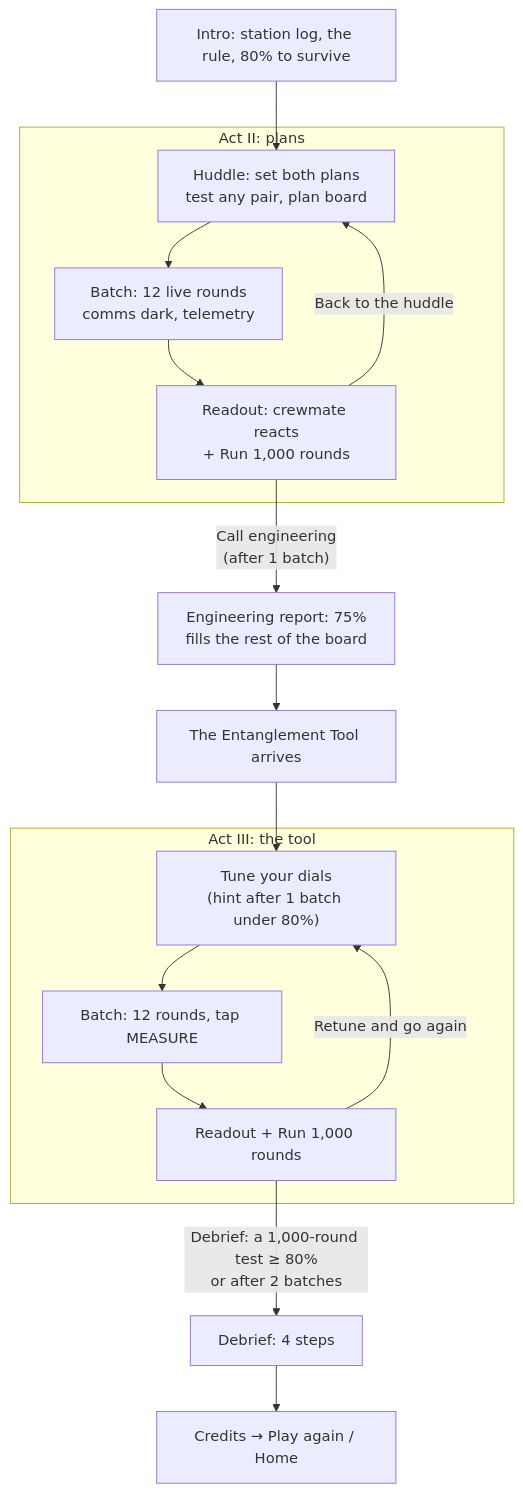
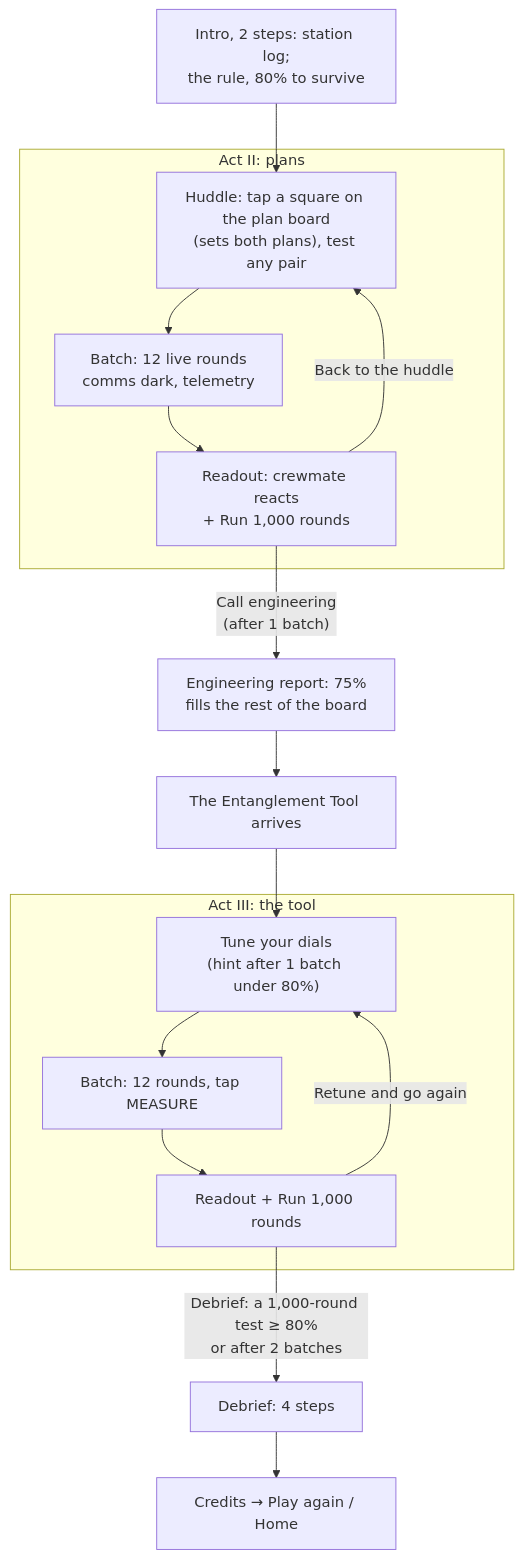
One commit to PlayableStories/quantum-crew changed the diagram in README.md. Above: the diagram before and after it, drawn with Mermaid. The commit also changed other lines of this file and 11 other files, not shown here.

````diff
--- a/README.md
+++ b/README.md
@@ -45,19 +45,19 @@
 ```mermaid
 flowchart TD
-  intro["Intro: station log, the rule, 80% to survive"] --> plan
+  intro["Intro, 2 steps: station log;<br/>the rule, 80% to survive"] --> plan
   subgraph act2 ["Act II: plans"]
-    plan["Huddle: set both plans<br/>test any pair, plan board"] --> batch2["Batch: 12 live rounds<br/>comms dark, telemetry"]
+    plan["Huddle: tap a square on the plan board<br/>(sets both plans), test any pair"] --> batch2["Batch: 12 live rounds<br/>comms dark, telemetry"]
     batch2 --> read2["Readout: crewmate reacts<br/>+ Run 1,000 rounds"]
     read2 -- "Back to the huddle" --> plan
   end
   read2 -- "Call engineering<br/>(after 1 batch)" --> ceiling["Engineering report: 75%<br/>fills the rest of the board"]
   ceiling --> tool["The Entanglement Tool arrives"]
   tool --> tune
   subgraph act3 ["Act III: the tool"]
     tune["Tune your dials<br/>(hint after 1 batch under 80%)"] --> batch3["Batch: 12 rounds, tap MEASURE"]
     batch3 --> read3["Readout + Run 1,000 rounds"]
     read3 -- "Retune and go again" --> tune
   end
   read3 -- "Debrief: a 1,000-round test ≥ 80%<br/>or after 2 batches" --> debrief["Debrief: 4 steps"]
   debrief --> credits["Credits → Play again / Home"]
 ```
````
